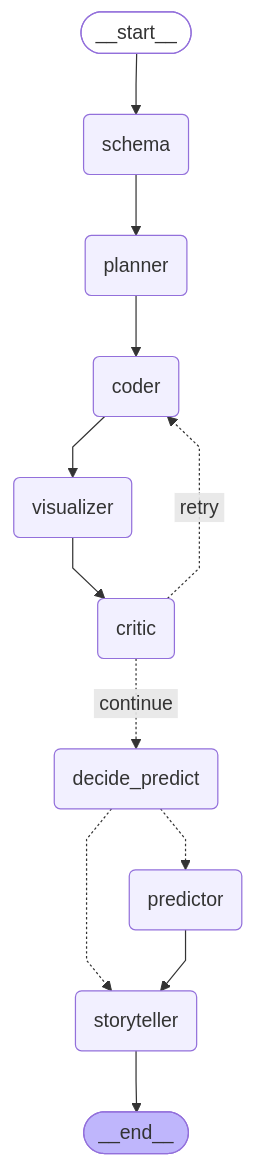
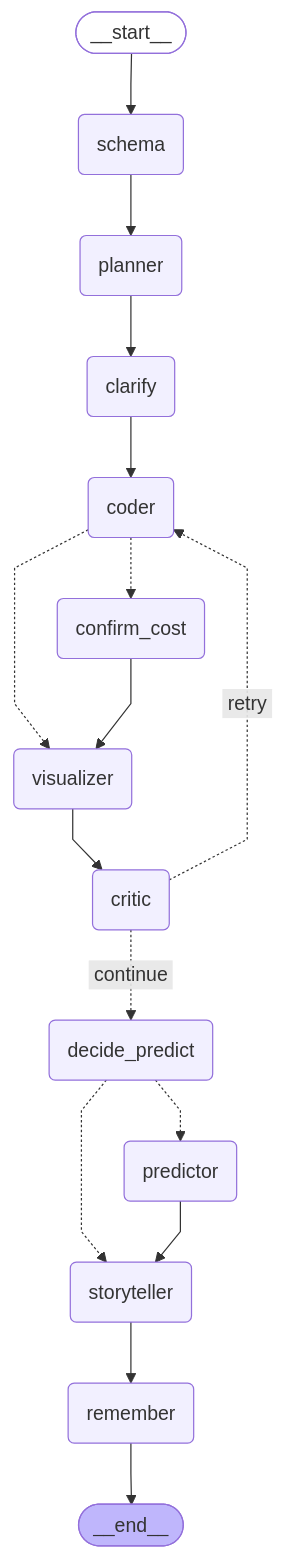
The diagram in README.md (AHZ003/data-agent), drawn with Mermaid before and after one commit. The commit also changed other lines of this file and 33 other files, not shown here.

````diff
--- a/README.md
+++ b/README.md
@@ -33,32 +33,39 @@
 ```mermaid
 ---
 config:
   flowchart:
     curve: linear
 ---
 graph TD;
 	__start__([<p>__start__</p>]):::first
 	schema(schema)
 	planner(planner)
 	coder(coder)
 	critic(critic)
 	visualizer(visualizer)
 	predictor(predictor)
 	storyteller(storyteller)
+	remember(remember)
 	decide_predict(decide_predict)
+	clarify(clarify)
+	confirm_cost(confirm_cost)
 	__end__([<p>__end__</p>]):::last
 	__start__ --> schema;
-	coder --> visualizer;
+	clarify --> coder;
+	coder -.-> confirm_cost;
+	coder -.-> visualizer;
+	confirm_cost --> visualizer;
 	critic -. &nbsp;retry&nbsp; .-> coder;
 	critic -. &nbsp;continue&nbsp; .-> decide_predict;
 	decide_predict -.-> predictor;
 	decide_predict -.-> storyteller;
-	planner --> coder;
+	planner --> clarify;
 	predictor --> storyteller;
 	schema --> planner;
+	storyteller --> remember;
 	visualizer --> critic;
-	storyteller --> __end__;
+	remember --> __end__;
 	classDef default fill:#f2f0ff,line-height:1.2
 	classDef first fill-opacity:0
 	classDef last fill:#bfb6fc
 ```
````
